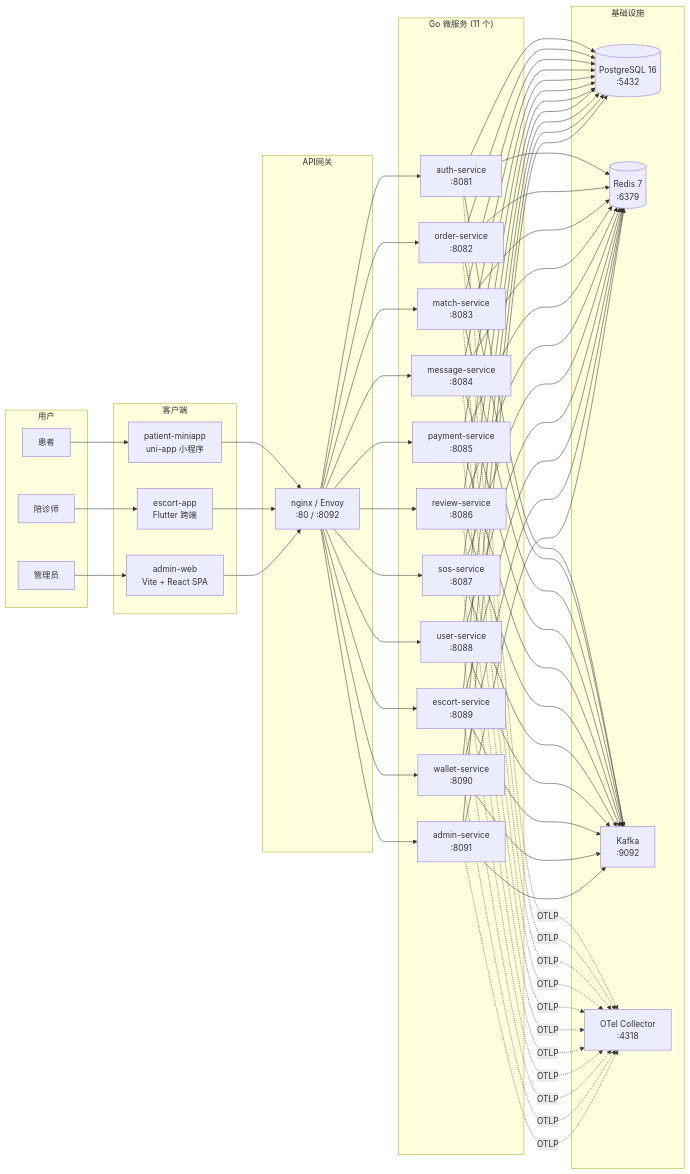
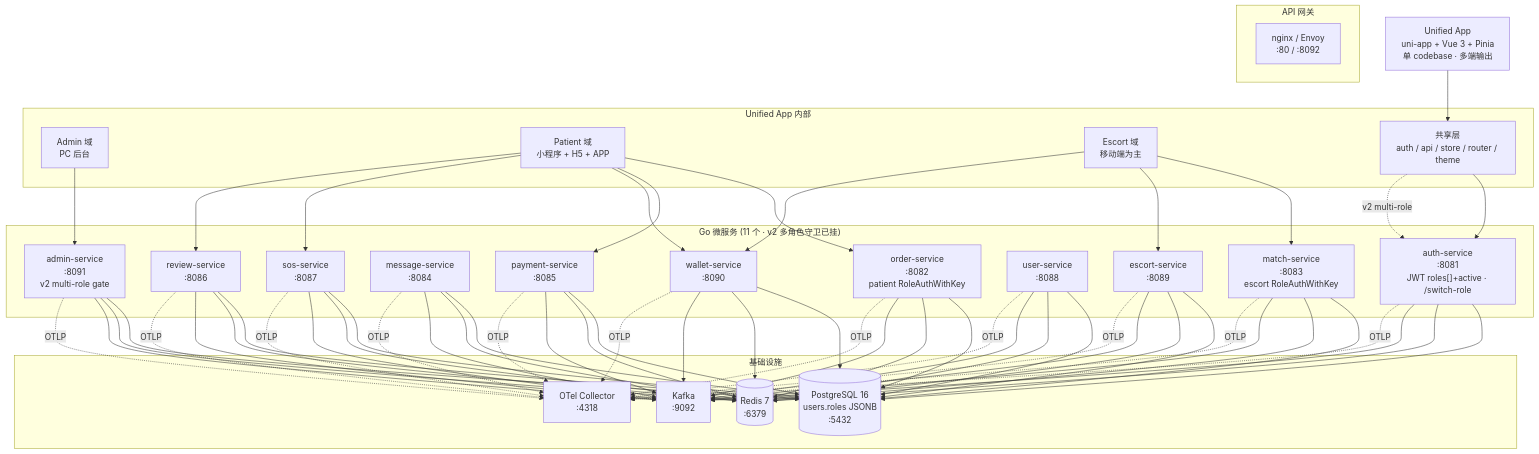
Before and after one commit to growdu/doctors: the diagram in README.md, drawn with Mermaid. The commit also changed other lines of this file, not shown here.

First line of the commit message:
docs: README 重构为 v2 unified-app 架构（Phase 3.0 收官同步）

````diff
--- a/README.md
+++ b/README.md
@@ -28,51 +43,47 @@
 ```mermaid
-flowchart LR
-    subgraph 用户
-        P[患者]
-        E[陪诊师]
-        A[管理员]
+flowchart TB
+    U["Unified App<br/>uni-app + Vue 3 + Pinia<br/>单 codebase · 多端输出"]
+    
+    subgraph "Unified App 内部"
+      AD["Admin 域<br/>PC 后台"]
+      PD["Patient 域<br/>小程序 + H5 + APP"]
+      ED["Escort 域<br/>移动端为主"]
+      SH["共享层<br/>auth / api / store / router / theme"]
     end
-
-    subgraph 客户端
-        MP[patient-miniapp<br/>uni-app 小程序]
-        FA[escort-app<br/>Flutter 跨端]
-        AW[admin-web<br/>Vite + React SPA]
+    
+    subgraph "API 网关"
+      NG["nginx / Envoy<br/>:80 / :8092"]
     end
-
-    subgraph API网关
-        NG[nginx / Envoy<br/>:80 / :8092]
+    
+    subgraph "Go 微服务 (11 个 · v2 多角色守卫已挂)"
+      AS["auth-service<br/>:8081<br/>JWT roles[]+active · /switch-role"]
+      OS["order-service<br/>:8082<br/>patient RoleAuthWithKey"]
+      MS["match-service<br/>:8083<br/>escort RoleAuthWithKey"]
+      MES["message-service<br/>:8084"]
+      PS["payment-service<br/>:8085"]
+      RS["review-service<br/>:8086"]
+      SS["sos-service<br/>:8087"]
+      US["user-service<br/>:8088"]
+      ES["escort-service<br/>:8089"]
+      WS["wallet-service<br/>:8090"]
+      ADS["admin-service<br/>:8091<br/>v2 multi-role gate"]
     end
-
-    subgraph "Go 微服务 (11 个)"
-        AS[auth-service<br/>:8081]
-        OS[order-service<br/>:8082]
-        MS[match-service<br/>:8083]
-        MES[message-service<br/>:8084]
-        PS[payment-service<br/>:8085]
-        RS[review-service<br/>:8086]
-        SS[sos-service<br/>:8087]
-        US[user-service<br/>:8088]
-        ES[escort-service<br/>:8089]
-        WS[wallet-service<br/>:8090]
-        ADS[admin-service<br/>:8091]
+    
+    subgraph "基础设施"
+      PG[("PostgreSQL 16<br/>users.roles JSONB<br/>:5432")]
+      RD[("Redis 7<br/>:6379")]
+      KF["Kafka<br/>:9092"]
+      OTEL["OTel Collector<br/>:4318"]
     end
-
-    subgraph "基础设施"
-        PG[(PostgreSQL 16<br/>:5432)]
-        RD[(Redis 7<br/>:6379)]
-        KF[Kafka<br/>:9092]
-        OTEL[OTel Collector<br/>:4318]
-    end
-
-    P --> MP
-    E --> FA
-    A --> AW
-    MP --> NG
-    FA --> NG
-    AW --> NG
-    NG --> AS & OS & MS & MES & PS & RS & SS & US & ES & WS & ADS
+    
+    U --> SH
+    SH --> AS
+    AD --> ADS
+    PD --> OS & PS & WS & SS & RS
+    ED --> MS & ES & WS
+    SH -.v2 multi-role.-> AS
     AS & OS & MS & MES & PS & RS & SS & US & ES & WS & ADS --> PG
     AS & OS & MS & MES & PS & RS & SS & US & ES & WS & ADS --> RD
     AS & OS & MS & MES & PS & RS & SS & US & ES & WS & ADS --> KF
     AS & OS & MS & MES & PS & RS & SS & US & ES & WS & ADS -.OTLP.-> OTEL
 ```
````
